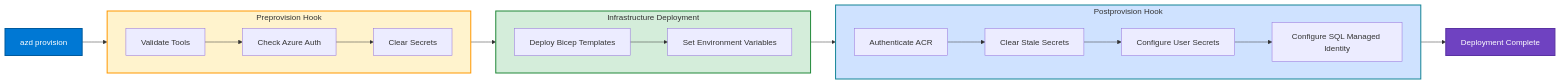
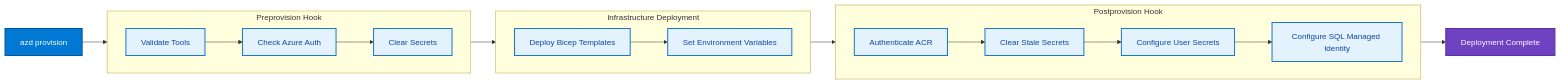
The third of 3 diagrams in docs/hooks/README.md (Evilazaro/Azure-LogicApps-Monitoring), drawn with Mermaid before and after one commit. The commit also changed other lines of this file, not shown here.

Commit message:
Refactor flowchart styling in README to use class definitions for improved readability and maintainability

````diff
--- a/docs/hooks/README.md
+++ b/docs/hooks/README.md
@@ -590,34 +603,36 @@
 ```mermaid
-graph LR
+flowchart LR
     Start[azd provision] --> PrepHook
 
     subgraph PrepHook["Preprovision Hook"]
         direction LR
         ValidateTools[Validate Tools] --> CheckAuth[Check Azure Auth]
         CheckAuth --> ClearSecrets[Clear Secrets]
     end
 
     PrepHook --> Deploy
 
     subgraph Deploy["Infrastructure Deployment"]
         direction LR
         DeployBicep[Deploy Bicep Templates] --> SetEnvVars[Set Environment Variables]
     end
 
     Deploy --> PostHook
 
     subgraph PostHook["Postprovision Hook"]
         direction LR
         AuthACR[Authenticate ACR] --> ClearStale[Clear Stale Secrets]
         ClearStale --> ConfigSecrets[Configure User Secrets]
         ConfigSecrets --> ConfigSQL[Configure SQL Managed Identity]
     end
 
     PostHook --> Complete[Deployment Complete]
 
-    style Start fill:#0078d4,stroke:#005a9e,stroke-width:2px,color:#fff
-    style Complete fill:#6f42c1,stroke:#5a32a3,stroke-width:2px,color:#fff
-    style PrepHook fill:#fff3cd,stroke:#ff9800,stroke-width:2px
-    style Deploy fill:#d4edda,stroke:#218838,stroke-width:2px
-    style PostHook fill:#cfe2ff,stroke:#138496,stroke-width:2px
+    classDef startNode fill:#0078d4,stroke:#005a9e,stroke-width:2px,color:#fff
+    classDef completeNode fill:#6f42c1,stroke:#5a32a3,stroke-width:2px,color:#fff
+    classDef process fill:#e3f2fd,stroke:#1976d2,stroke-width:2px,color:#0d47a1
+
+    class Start startNode
+    class Complete completeNode
+    class ValidateTools,CheckAuth,ClearSecrets,DeployBicep,SetEnvVars,AuthACR,ClearStale,ConfigSecrets,ConfigSQL process
 ```
````
